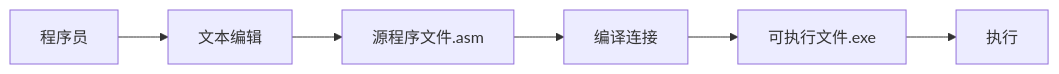
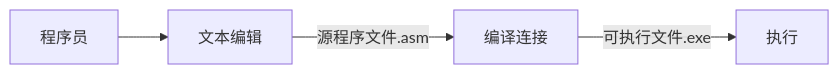
One commit to novpath/Assembly-Language changed the second of 3 diagrams in 汇编语言.md. Above: the diagram before and after it, drawn with Mermaid. The commit also changed other lines of this file and 21 other files, not shown here.

````diff
--- a/汇编语言.md
+++ b/汇编语言.md
@@ -2251,4 +2251,4 @@
 ```mermaid
 flowchart LR
-    程序员 --> 文本编辑 --> 源程序文件.asm --> 编译连接 --> 可执行文件.exe --> 执行
+    程序员 --> 文本编辑 -- 源程序文件.asm --> 编译连接 -- 可执行文件.exe --> 执行
 ```
````
